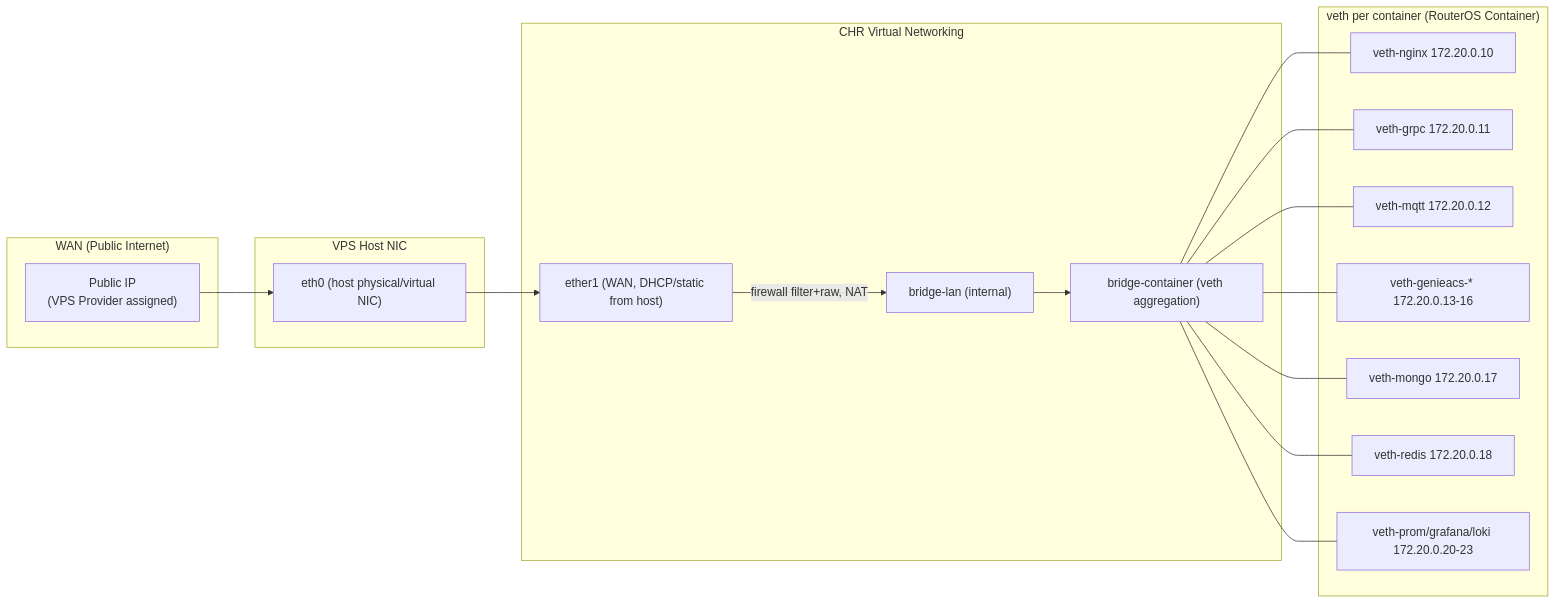
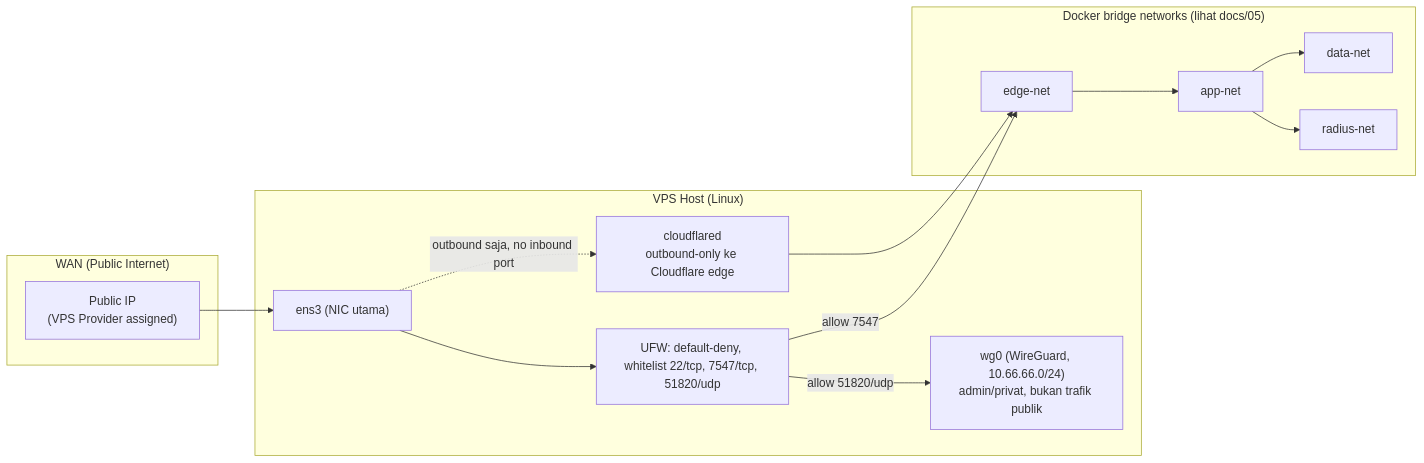
The diagram in docs/02-network-diagram.md (warungbudina-digital/akses-vps), drawn with Mermaid before and after one commit. The commit also changed other lines of this file and 12 other files, not shown here.

````diff
--- a/docs/02-network-diagram.md
+++ b/docs/02-network-diagram.md
@@ -5,37 +11,28 @@
 ```mermaid
 flowchart LR
     subgraph WAN["WAN (Public Internet)"]
         PUBIP["Public IP\n(VPS Provider assigned)"]
     end
 
-    subgraph VPSHOST["VPS Host NIC"]
-        ETH0["eth0 (host physical/virtual NIC)"]
+    subgraph HOST["VPS Host (Linux)"]
+        ETH0["ens3 (NIC utama)"]
+        UFW["UFW: default-deny, whitelist 22/tcp, 7547/tcp, 51820/udp"]
+        WG0["wg0 (WireGuard, 10.66.66.0/24)\nadmin/privat, bukan trafik publik"]
+        CFD["cloudflared\noutbound-only ke Cloudflare edge"]
     end
 
-    subgraph CHRNET["CHR Virtual Networking"]
-        ETHER1["ether1 (WAN, DHCP/static from host)"]
-        BR_LAN["bridge-lan (internal)"]
-        BR_CONTAINER["bridge-container (veth aggregation)"]
+    subgraph DOCKERNET["Docker bridge networks (lihat docs/05)"]
+        EDGE["edge-net"]
+        APP["app-net"]
+        DATA["data-net"]
+        RADIUSNET["radius-net"]
     end
 
-    subgraph VETHS["veth per container (RouterOS Container)"]
-        V_NGINX["veth-nginx 172.20.0.10"]
-        V_GRPC["veth-grpc 172.20.0.11"]
-        V_MQTT["veth-mqtt 172.20.0.12"]
-        V_GENIE["veth-genieacs-* 172.20.0.13-16"]
-        V_MONGO["veth-mongo 172.20.0.17"]
-        V_REDIS["veth-redis 172.20.0.18"]
-        V_MON["veth-prom/grafana/loki 172.20.0.20-23"]
-    end
-
-    PUBIP --> ETH0 --> ETHER1
-    ETHER1 -->|firewall filter+raw, NAT| BR_LAN
-    BR_LAN --> BR_CONTAINER
-    BR_CONTAINER --- V_NGINX
-    BR_CONTAINER --- V_GRPC
-    BR_CONTAINER --- V_MQTT
-    BR_CONTAINER --- V_GENIE
-    BR_CONTAINER --- V_MONGO
-    BR_CONTAINER --- V_REDIS
-    BR_CONTAINER --- V_MON
+    PUBIP --> ETH0 --> UFW
+    UFW -->|allow 7547| EDGE
+    UFW -->|allow 51820/udp| WG0
+    ETH0 -.->|outbound saja, no inbound port| CFD
+    CFD --> EDGE
+    EDGE --> APP --> DATA
+    APP --> RADIUSNET
 ```
````
